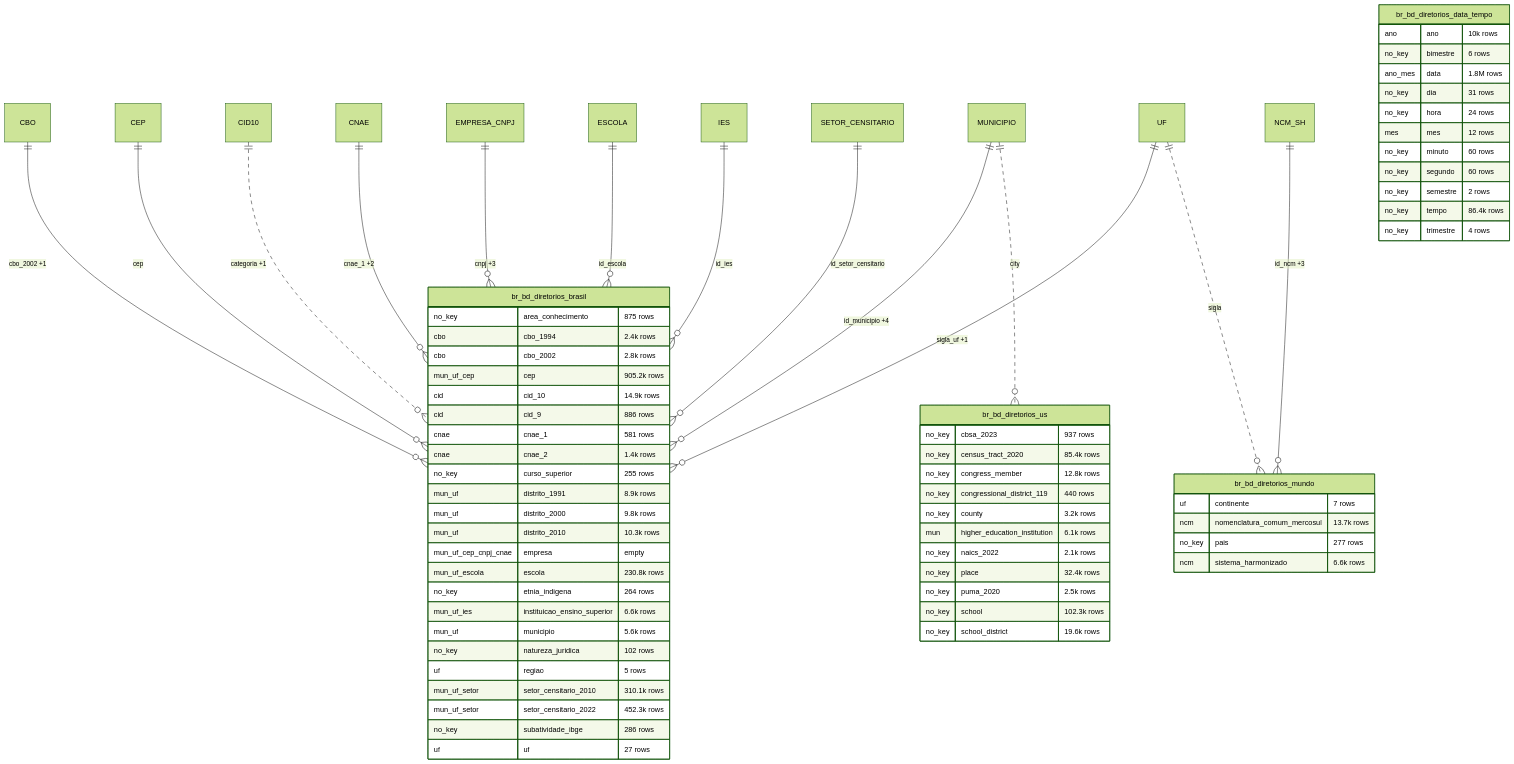
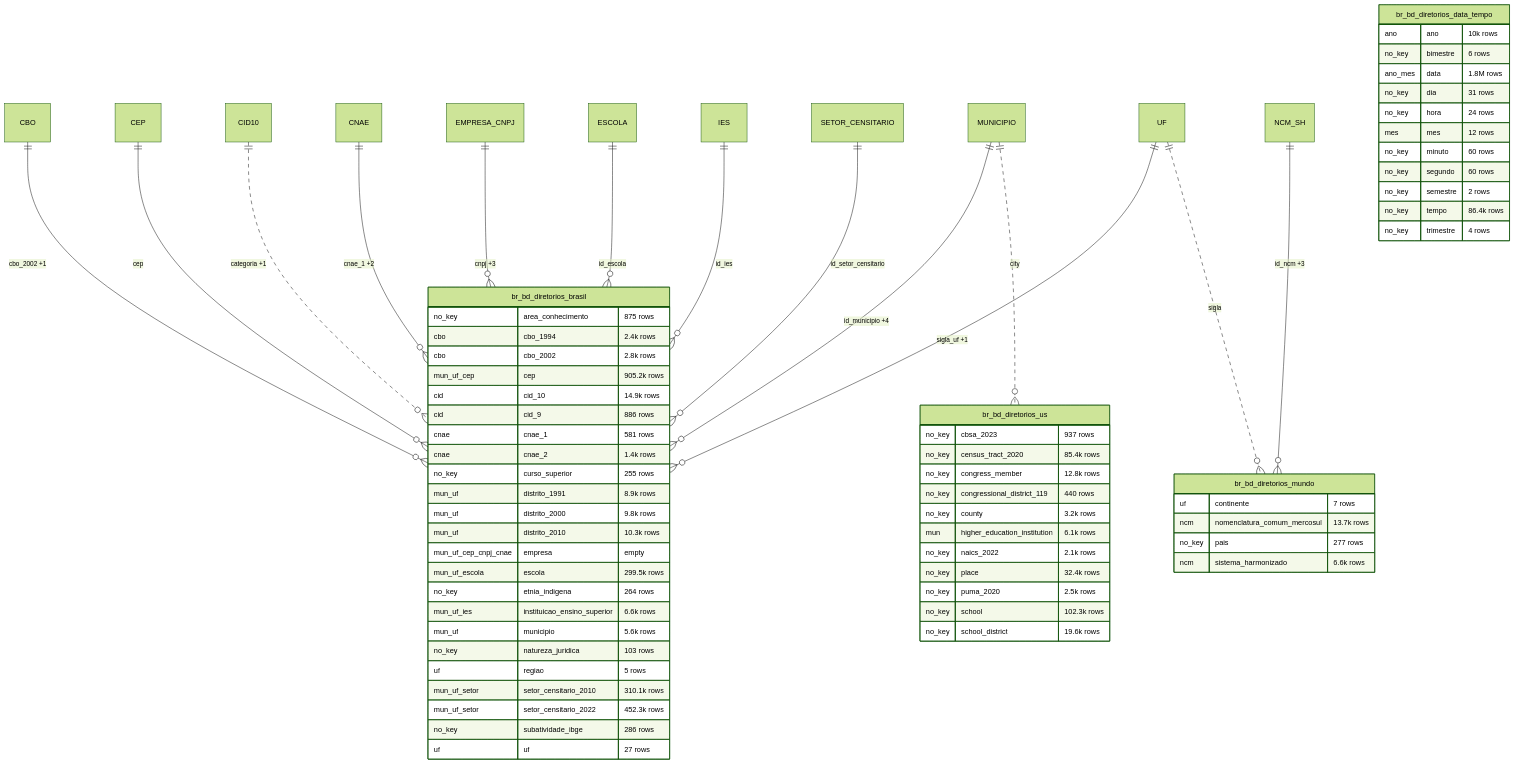
One commit to rafapolo/rodado changed the second of 37 diagrams in docs/mapa/ERD_EN.md. Above: the diagram before and after it, drawn with Mermaid (forest theme). The commit also changed other lines of this file and 42 other files, not shown here.

````diff
--- a/docs/mapa/ERD_EN.md
+++ b/docs/mapa/ERD_EN.md
@@ -100,73 +100,73 @@
 ```mermaid
 erDiagram
     CBO ||--o{ br_bd_diretorios_brasil : "cbo_2002 +1"
     CEP ||--o{ br_bd_diretorios_brasil : "cep"
     CID10 ||..o{ br_bd_diretorios_brasil : "categoria +1"
     CNAE ||--o{ br_bd_diretorios_brasil : "cnae_1 +2"
     EMPRESA_CNPJ ||--o{ br_bd_diretorios_brasil : "cnpj +3"
     ESCOLA ||--o{ br_bd_diretorios_brasil : "id_escola"
     IES ||--o{ br_bd_diretorios_brasil : "id_ies"
     MUNICIPIO ||--o{ br_bd_diretorios_brasil : "id_municipio +4"
     SETOR_CENSITARIO ||--o{ br_bd_diretorios_brasil : "id_setor_censitario"
     UF ||--o{ br_bd_diretorios_brasil : "sigla_uf +1"
     NCM_SH ||--o{ br_bd_diretorios_mundo : "id_ncm +3"
     UF ||..o{ br_bd_diretorios_mundo : "sigla"
     MUNICIPIO ||..o{ br_bd_diretorios_us : "city"
     br_bd_diretorios_brasil {
         no_key area_conhecimento "875 rows"
         cbo cbo_1994 "2.4k rows"
         cbo cbo_2002 "2.8k rows"
         mun_uf_cep cep "905.2k rows"
         cid cid_10 "14.9k rows"
         cid cid_9 "886 rows"
         cnae cnae_1 "581 rows"
         cnae cnae_2 "1.4k rows"
         no_key curso_superior "255 rows"
         mun_uf distrito_1991 "8.9k rows"
         mun_uf distrito_2000 "9.8k rows"
         mun_uf distrito_2010 "10.3k rows"
         mun_uf_cep_cnpj_cnae empresa "empty"
-        mun_uf_escola escola "230.8k rows"
+        mun_uf_escola escola "299.5k rows"
         no_key etnia_indigena "264 rows"
         mun_uf_ies instituicao_ensino_superior "6.6k rows"
         mun_uf municipio "5.6k rows"
-        no_key natureza_juridica "102 rows"
+        no_key natureza_juridica "103 rows"
         uf regiao "5 rows"
         mun_uf_setor setor_censitario_2010 "310.1k rows"
         mun_uf_setor setor_censitario_2022 "452.3k rows"
         no_key subatividade_ibge "286 rows"
         uf uf "27 rows"
     }
     br_bd_diretorios_data_tempo {
         ano ano "10k rows"
         no_key bimestre "6 rows"
         ano_mes data "1.8M rows"
         no_key dia "31 rows"
         no_key hora "24 rows"
         mes mes "12 rows"
         no_key minuto "60 rows"
         no_key segundo "60 rows"
         no_key semestre "2 rows"
         no_key tempo "86.4k rows"
         no_key trimestre "4 rows"
     }
     br_bd_diretorios_mundo {
         uf continente "7 rows"
         ncm nomenclatura_comum_mercosul "13.7k rows"
         no_key pais "277 rows"
         ncm sistema_harmonizado "6.6k rows"
     }
     br_bd_diretorios_us {
         no_key cbsa_2023 "937 rows"
         no_key census_tract_2020 "85.4k rows"
         no_key congress_member "12.8k rows"
         no_key congressional_district_119 "440 rows"
         no_key county "3.2k rows"
         mun higher_education_institution "6.1k rows"
         no_key naics_2022 "2.1k rows"
         no_key place "32.4k rows"
         no_key puma_2020 "2.5k rows"
         no_key school "102.3k rows"
         no_key school_district "19.6k rows"
     }
 ```
````
